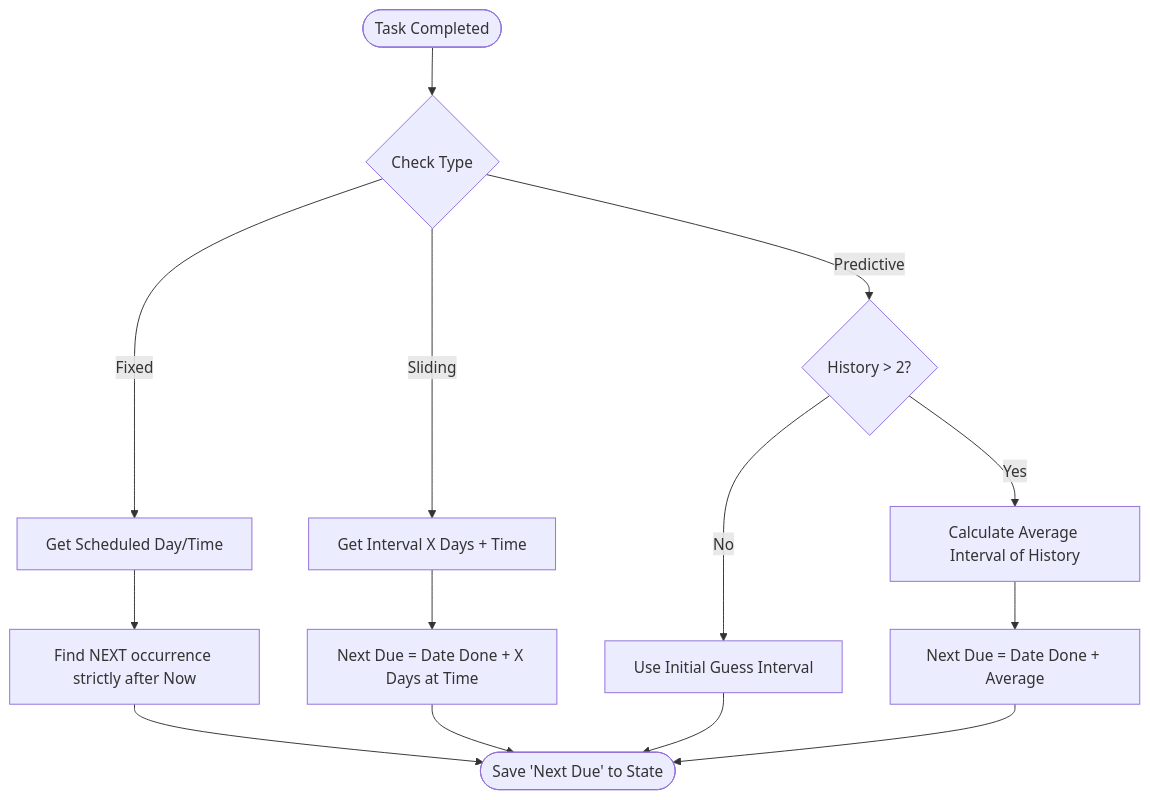
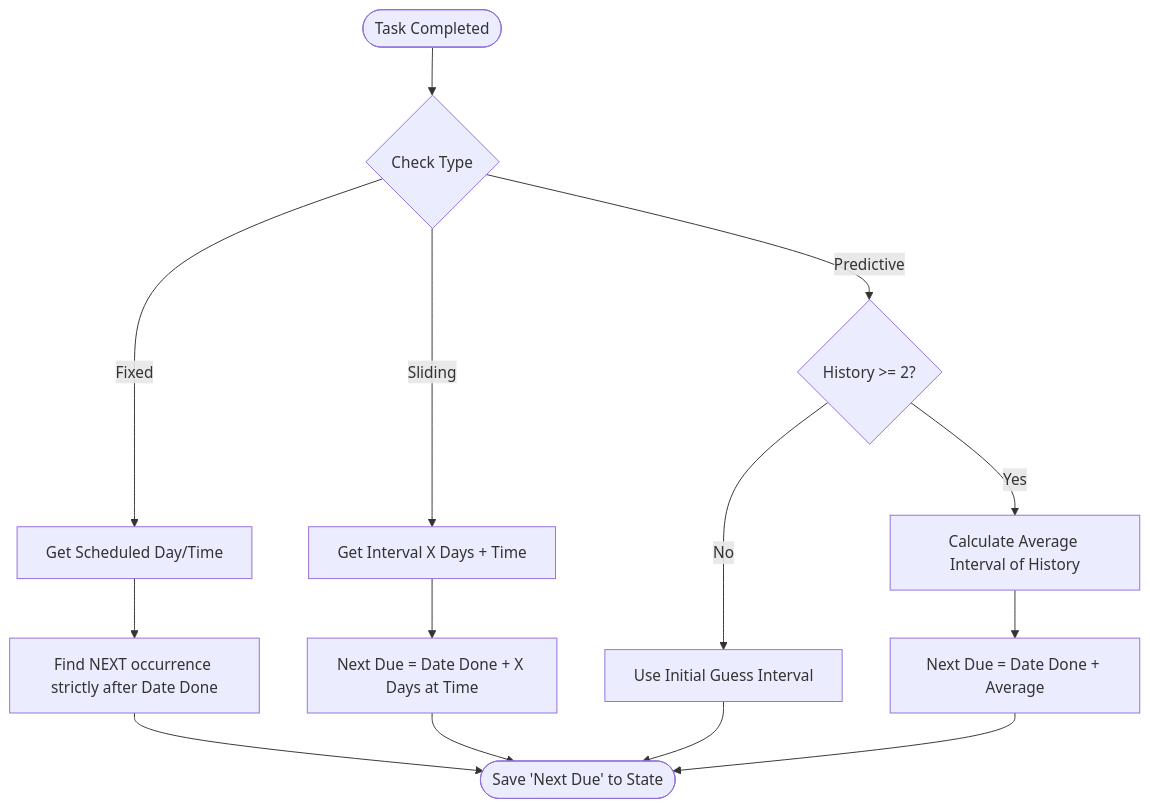
Before and after one commit to kedar-calangutkar/task-tracker-repo: the diagram in README.md, drawn with Mermaid. The commit also changed other lines of this file, not shown here.

Commit message:
Fix README inaccuracies vs actual sensor logic
The logic-flow diagram claimed Fixed tasks compute their next
occurrence relative to "Now", but the code anchors to the completion
time (last_done) instead - that's why completing one early doesn't
shift the schedule. The Predictive gate said "History > 2" while the
code checks ">= 2". Also document the "due" field that
task_tracker_task_completed now fires (added when history started
recording which due date each completion satisfied) but was missing
from the event data docs.

Claude-Session: https://claude.ai/code/session_017ohW5WQDhCuwHvNSTSR64J

````diff
--- a/README.md
+++ b/README.md
@@ -19,21 +19,21 @@
 ```mermaid
 graph TD
     Start([Task Completed]) --> CheckType{Check Type}
     
     CheckType -->|Fixed| Fixed[Get Scheduled Day/Time]
-    Fixed --> F_Calc[Find NEXT occurrence strictly after Now]
+    Fixed --> F_Calc[Find NEXT occurrence strictly after Date Done]
     F_Calc --> Save
     
     CheckType -->|Sliding| Sliding[Get Interval X Days + Time]
     Sliding --> S_Calc[Next Due = Date Done + X Days at Time]
     S_Calc --> Save
     
-    CheckType -->|Predictive| Pred{History > 2?}
+    CheckType -->|Predictive| Pred{History >= 2?}
     Pred -->|No| P_Guess[Use Initial Guess Interval]
     Pred -->|Yes| P_Avg[Calculate Average Interval of History]
     P_Avg --> P_Calc[Next Due = Date Done + Average]
     P_Guess --> Save
     P_Calc --> Save
     
     Save([Save 'Next Due' to State])
 ```
````
